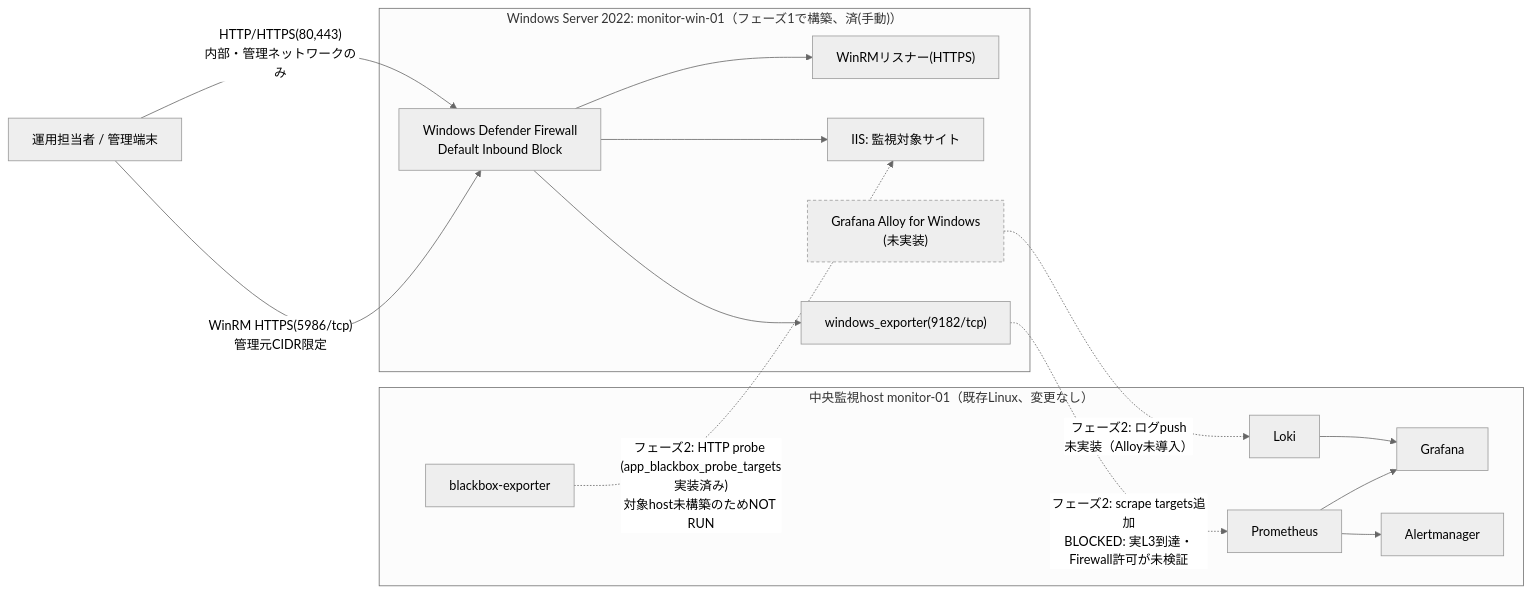
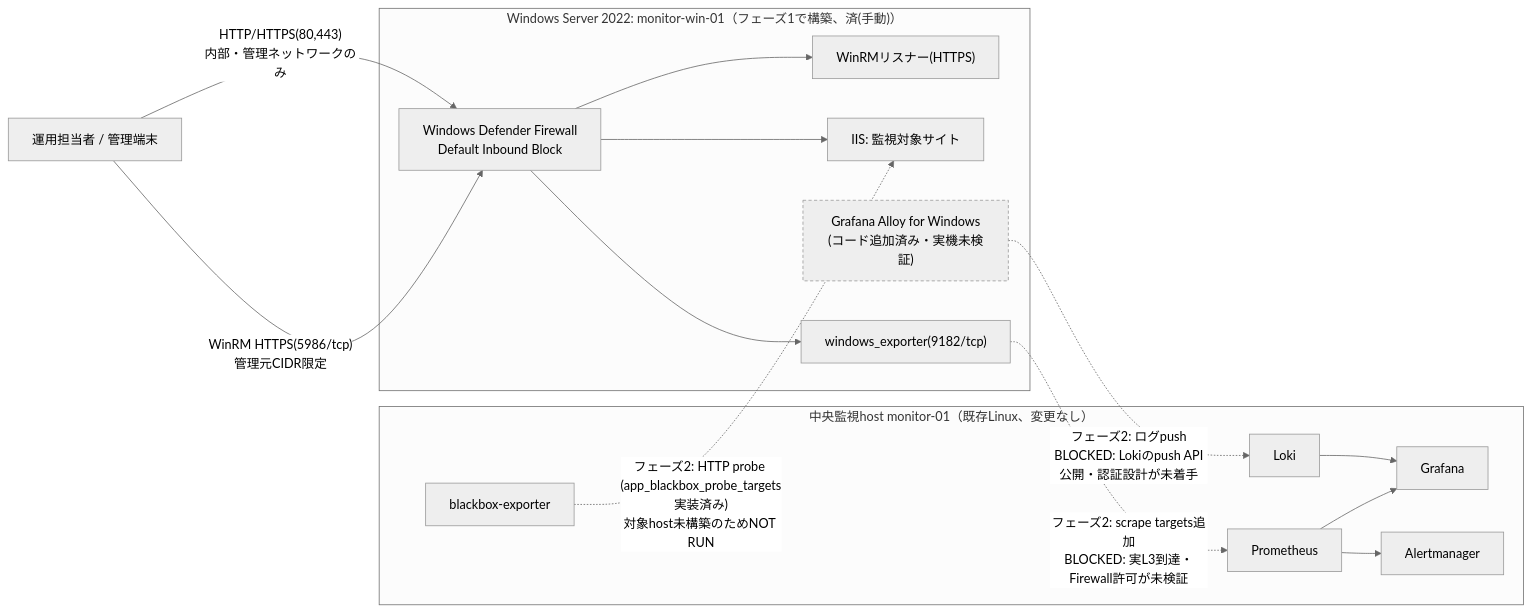
One commit to ns7jp/server changed the diagram in docs/build-package-windows/01-basic-design.md. Above: the diagram before and after it, drawn with Mermaid (neutral theme). The commit also changed other lines of this file and 7 other files, not shown here.

First line of the commit message:
Grafana Alloy for Windows(ログ集約経路)のWindows側をスキャフォールドとして追加

````diff
--- a/docs/build-package-windows/01-basic-design.md
+++ b/docs/build-package-windows/01-basic-design.md
@@ -56,34 +58,34 @@
 ```mermaid
 flowchart LR
     Admin["運用担当者 / 管理端末"] -->|"WinRM HTTPS(5986/tcp)\n管理元CIDR限定"| FW
     Admin -->|"HTTP/HTTPS(80,443)\n内部・管理ネットワークのみ"| FW
 
     subgraph WinHost["Windows Server 2022: monitor-win-01（フェーズ1で構築、済(手動)）"]
         FW["Windows Defender Firewall\nDefault Inbound Block"]
         WinRM["WinRMリスナー(HTTPS)"]
         IIS["IIS: 監視対象サイト"]
         WinExp["windows_exporter(9182/tcp)"]
-        Alloy["Grafana Alloy for Windows\n(未実装)"]
+        Alloy["Grafana Alloy for Windows\n(コード追加済み・実機未検証)"]
         FW --> WinRM
         FW --> IIS
         FW --> WinExp
     end
 
     subgraph Central["中央監視host monitor-01（既存Linux、変更なし）"]
         Prom["Prometheus"]
         BB["blackbox-exporter"]
         Graf["Grafana"]
         AM["Alertmanager"]
         Loki["Loki"]
         Prom --> Graf
         Prom --> AM
         Loki --> Graf
     end
 
     WinExp -.->|"フェーズ2: scrape targets追加\nBLOCKED: 実L3到達・Firewall許可が未検証"| Prom
     BB -.->|"フェーズ2: HTTP probe (app_blackbox_probe_targets実装済み)\n対象host未構築のためNOT RUN"| IIS
-    Alloy -.->|"フェーズ2: ログpush\n未実装（Alloy未導入）"| Loki
+    Alloy -.->|"フェーズ2: ログpush\nBLOCKED: Lokiのpush API公開・認証設計が未着手"| Loki
 
     classDef future stroke-dasharray: 4 3;
     class Alloy future;
 ```
````
